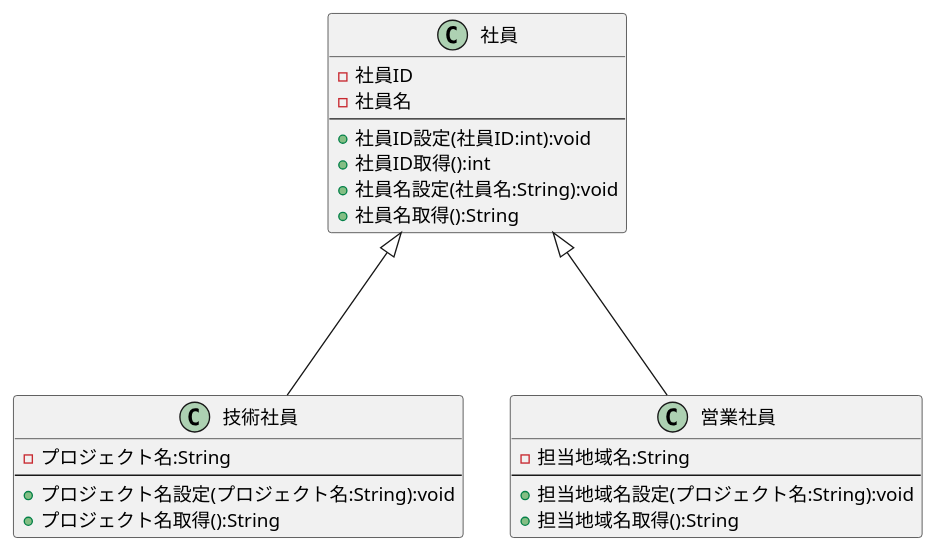
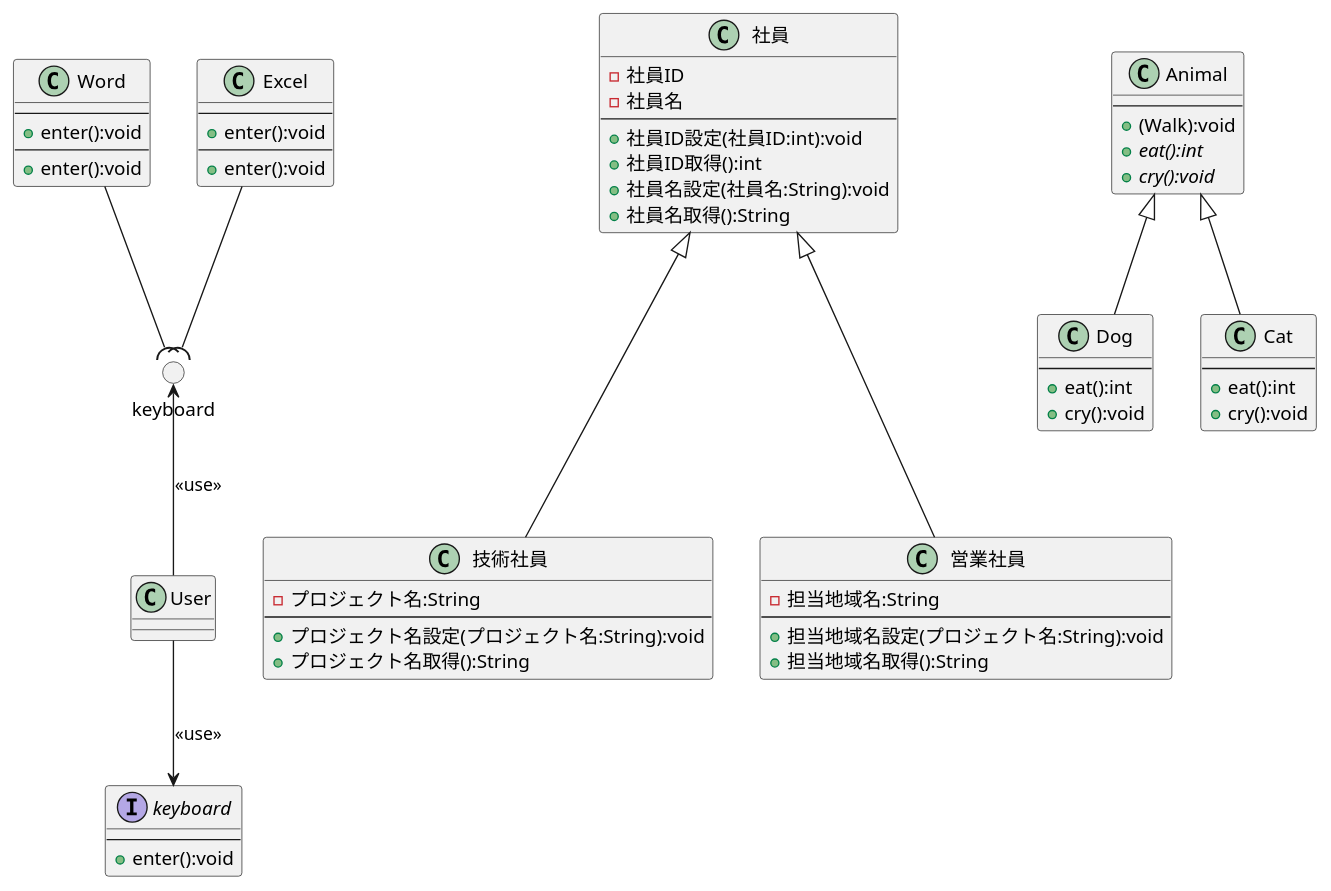
One commit to shimiharu/uml-introduction changed the diagram in 図3-3_継承・抽象・インターフェース.pu. Above: the diagram before and after it, drawn with PlantUML. The commit also changed 11 other files, not shown here.

Commit message:
図4-9まで

```diff
--- a/図3-3_継承・抽象・インターフェース.pu
+++ b/図3-3_継承・抽象・インターフェース.pu
@@ -1,25 +1,76 @@
 @startuml
 class 社員 {
 - 社員ID
 - 社員名
 ---
 + 社員ID設定(社員ID:int):void
 + 社員ID取得():int
 + 社員名設定(社員名:String):void
 + 社員名取得():String
 }
 class 技術社員 {
 - プロジェクト名:String
 ---
 + プロジェクト名設定(プロジェクト名:String):void
 + プロジェクト名取得():String
 }
 class 営業社員 {
 - 担当地域名:String
 ---
 + 担当地域名設定(プロジェクト名:String):void
 + 担当地域名取得():String
 }
 社員 <|--down- 技術社員
 社員 <|--down- 営業社員
+class Animal {
+---
++ (Walk):void
++ {abstract} eat():int
++ {abstract} cry():void
+}
+class Dog {
+---
++ eat():int
++ cry():void
+}
+class Cat {
+---
++ eat():int
++ cry():void
+}
+Animal <|-down- Dog
+Animal <|-down- Cat
+class Word {
+---
++ enter():void
+}
+class Excel {
+---
++ enter():void
+}
+interface keyboard {
+' <<interface>>
+---
++ enter():void
+}
+' keyboard <|.. Word
+' keyboard <|.. Excel
+class User {
+}
+keyboard <-up- User:<< use >>
+class Word {
+---
++ enter():void
+}
+class Excel {
+---
++ enter():void
+}
+circle "keyboard" as I1
+Word --( I1
+Excel --( I1
+class User {
+}
+I1 <-- User:<< use >>
+
 @enduml
```
